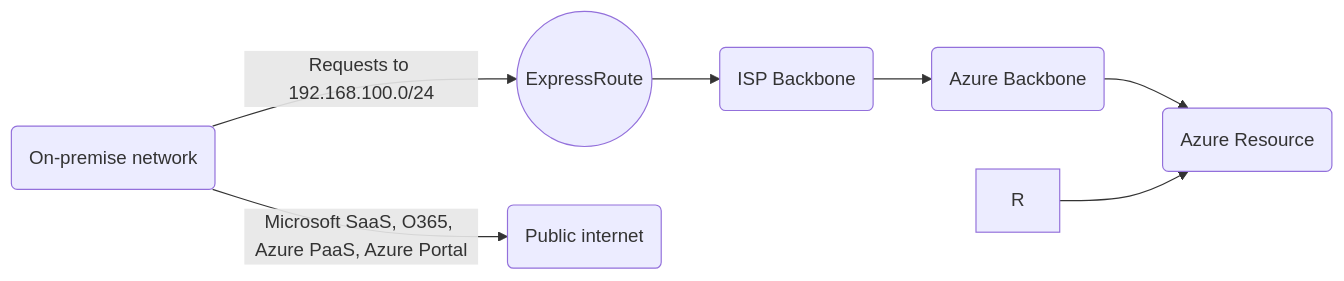
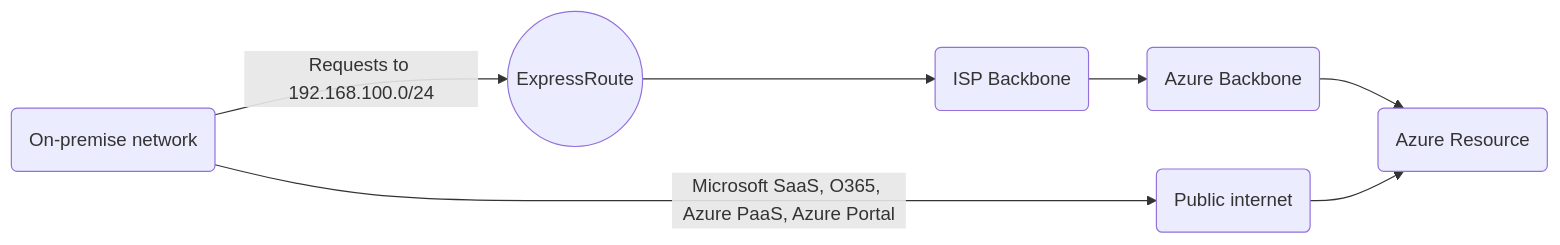
Before and after one commit to bigtoga/Examples: the second of 6 diagrams in Cloud - Azure/Azure Virtual Networks/ExpressRoute and S2S VPN.md, drawn with Mermaid.

Commit message:
Update ExpressRoute and S2S VPN.md

````diff
--- a/Cloud - Azure/Azure Virtual Networks/ExpressRoute and S2S VPN.md
+++ b/Cloud - Azure/Azure Virtual Networks/ExpressRoute and S2S VPN.md
@@ -84,9 +84,9 @@
 ```mermaid
 graph LR
     A(On-premise network) -- Requests to 192.168.100.0/24 --> B((ExpressRoute))
     B --> C(ISP Backbone)
     C --> D(Azure Backbone)
     D --> E(Azure Resource)
     A -- Microsoft SaaS, O365, Azure PaaS, Azure Portal --> F(Public internet)
-    R --> E
+    F --> E
 ```    
````
